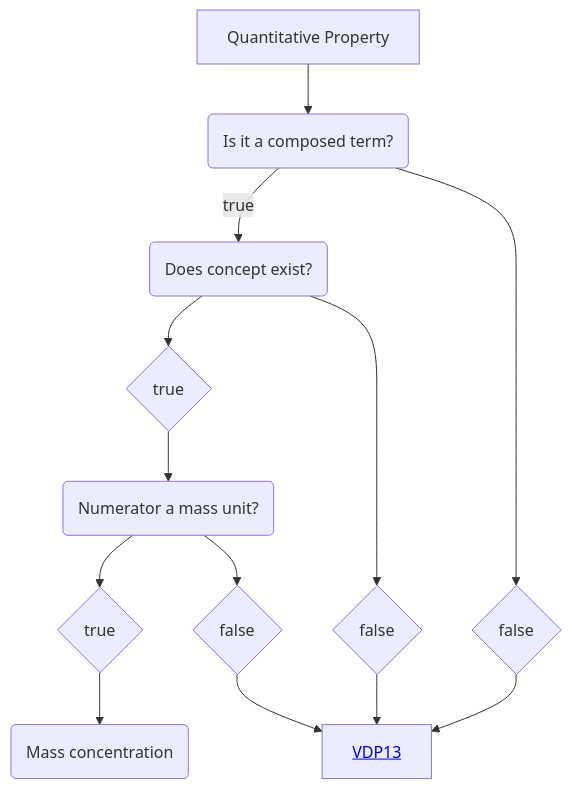
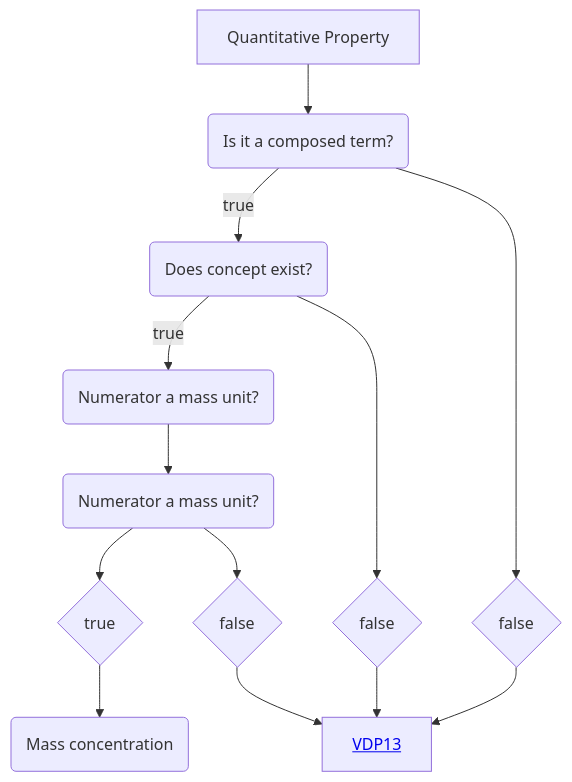
The diagram in Decisition_trees/DT1.mmd (mabablue/I-ADOPT-patterns-playground), drawn with Mermaid before and after one commit.

```diff
--- a/Decisition_trees/DT1.mmd
+++ b/Decisition_trees/DT1.mmd
@@ -1,13 +1,13 @@
 flowchart TD
     A[Quantitative Property] --> B(Is it a composed term?)
     B --> |true|E(Does concept exist?)
     B --> D{false}
-    E --> F{true}
+    E -->|true|F(Numerator a mass unit?)
     E --> G{false}
     F --> H(Numerator a mass unit?)
     D --> I[<a href='https://github.com/mabablue/I-ADOPT-patterns-playground/blob/main/pattern/VDP13.yaml'>VDP13</a>]
     G --> I
     H --> L{true}
     L --> M(Mass concentration)
     H --> N{false}
     N --> I
```
